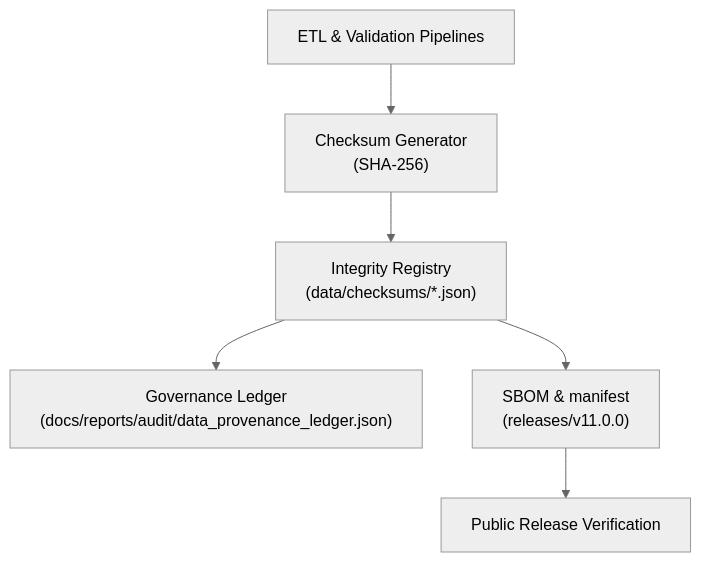
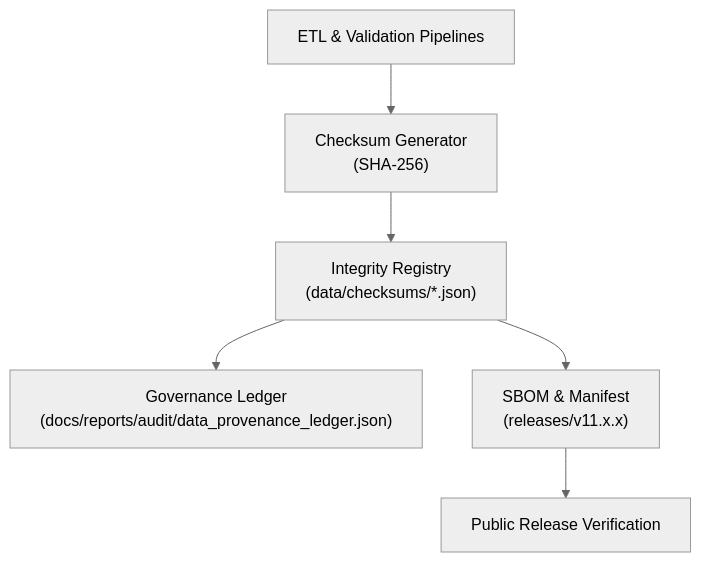
One commit to bartytime4life/Kansas-Frontier-Matrix changed the diagram in data/checksums/README.md. Above: the diagram before and after it, drawn with Mermaid (neutral theme). The commit also changed other lines of this file, not shown here.

````diff
--- a/data/checksums/README.md
+++ b/data/checksums/README.md
@@ -132,9 +129,9 @@
-~~~~mermaid
+```mermaid
 flowchart TD
     ETL["ETL & Validation Pipelines"]
       --> GEN["Checksum Generator\n(SHA-256)"]
     GEN --> REG["Integrity Registry\n(data/checksums/*.json)"]
     REG --> LED["Governance Ledger\n(docs/reports/audit/data_provenance_ledger.json)"]
-    REG --> SBOM["SBOM & manifest\n(releases/v11.0.0)"]
+    REG --> SBOM["SBOM & Manifest\n(releases/v11.x.x)"]
     SBOM --> PUB["Public Release Verification"]
-~~~~
+```
````
